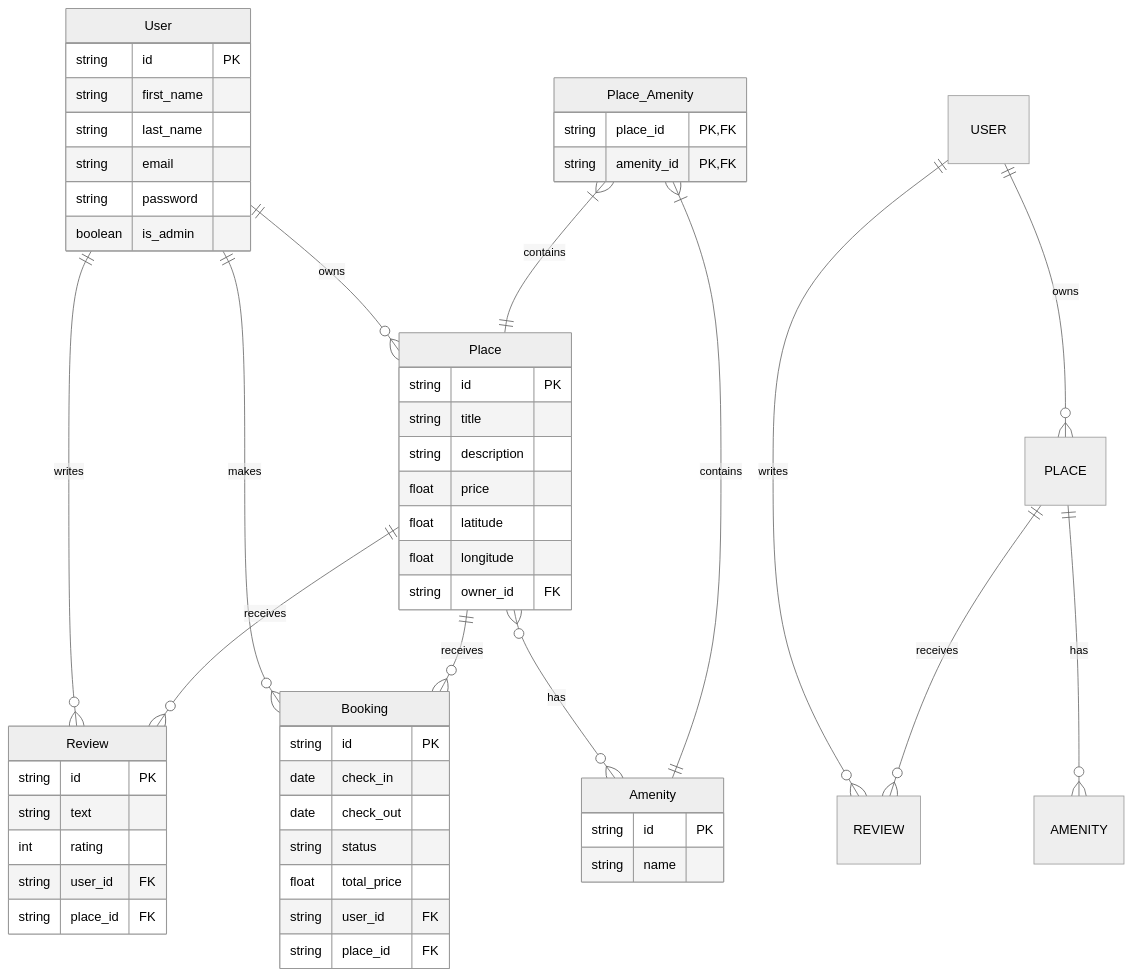
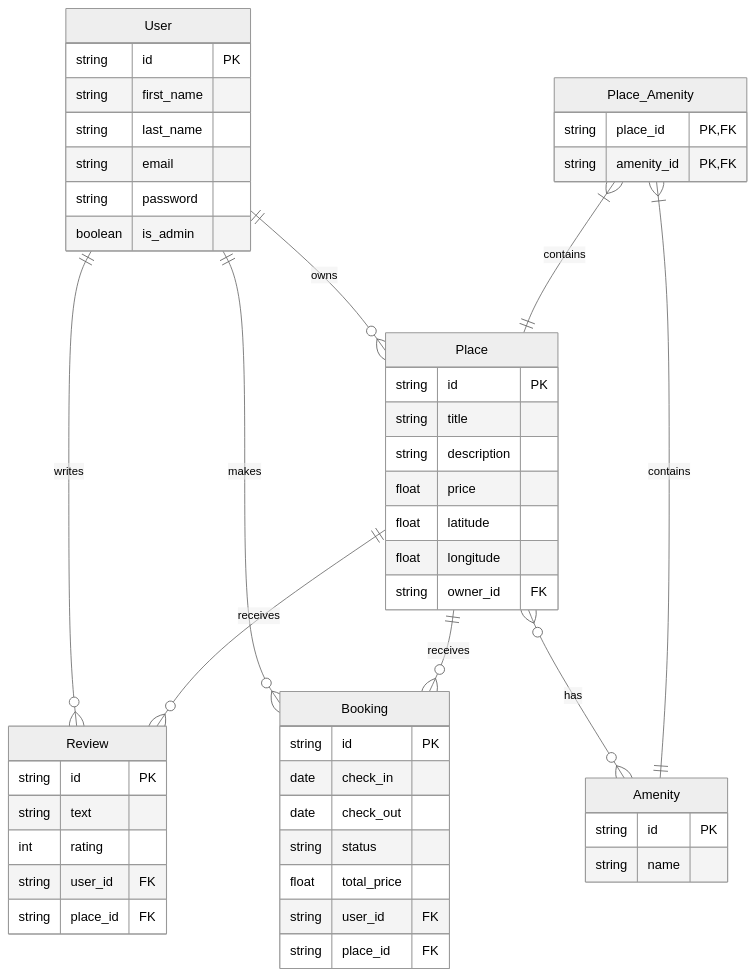
Before and after one commit to Saynez667/holbertonschool-hbnb: the diagram in part3/README.md, drawn with Mermaid (neutral theme).

Commit message:
readme update task 10

````diff
--- a/part3/README.md
+++ b/part3/README.md
@@ -103,63 +103,58 @@
 ```mermaid
 erDiagram
     User ||--o{ Place : owns
     User ||--o{ Review : writes
     User ||--o{ Booking : makes
     Place ||--o{ Review : receives
     Place ||--o{ Booking : receives
     Place }o--o{ Amenity : has
     Place_Amenity }|--|| Place : contains
     Place_Amenity }|--|| Amenity : contains
 
     User {
         string id PK
         string first_name
         string last_name
         string email
         string password
         boolean is_admin
     }
 
     Place {
         string id PK
         string title
         string description
         float price
         float latitude
         float longitude
         string owner_id FK
     }
 
     Review {
         string id PK
         string text
         int rating
         string user_id FK
         string place_id FK
     }
 
     Amenity {
         string id PK
         string name
     }
 
     Place_Amenity {
         string place_id PK,FK
         string amenity_id PK,FK
     }
 
     Booking {
         string id PK
         date check_in
         date check_out
         string status
         float total_price
         string user_id FK
         string place_id FK
     }
-    
-    USER ||--o{ PLACE : owns
-    USER ||--o{ REVIEW : writes
-    PLACE ||--o{ REVIEW : receives
-    PLACE ||--o{ AMENITY : has
 ```  
````
